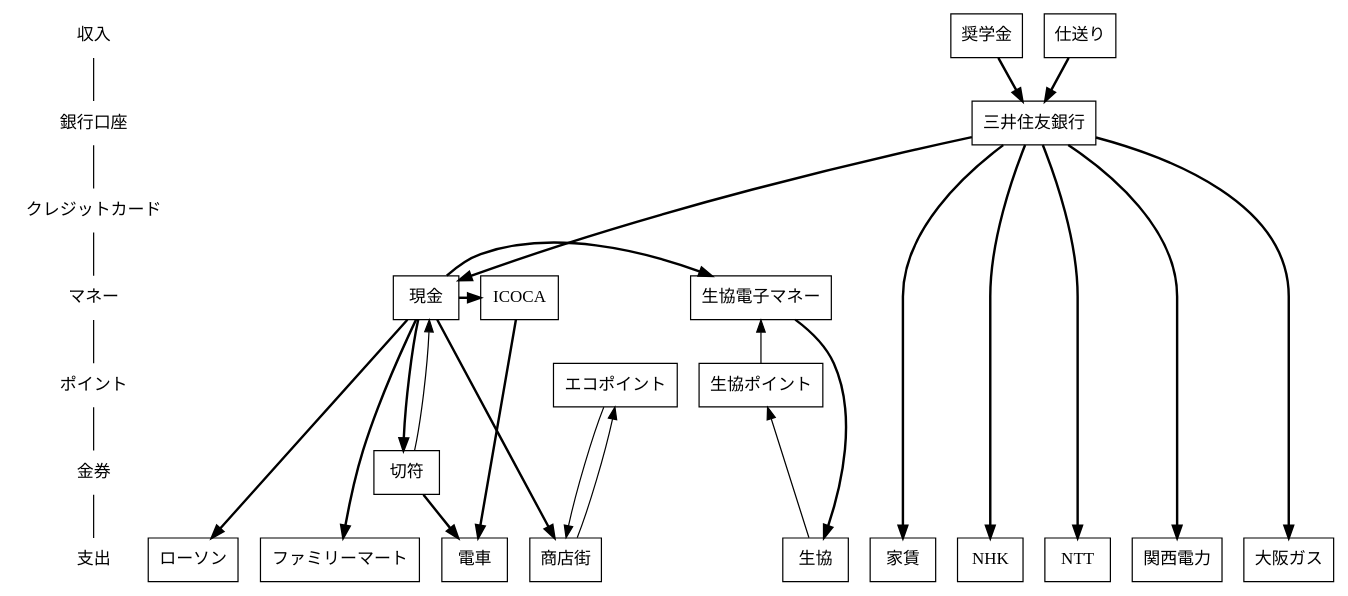
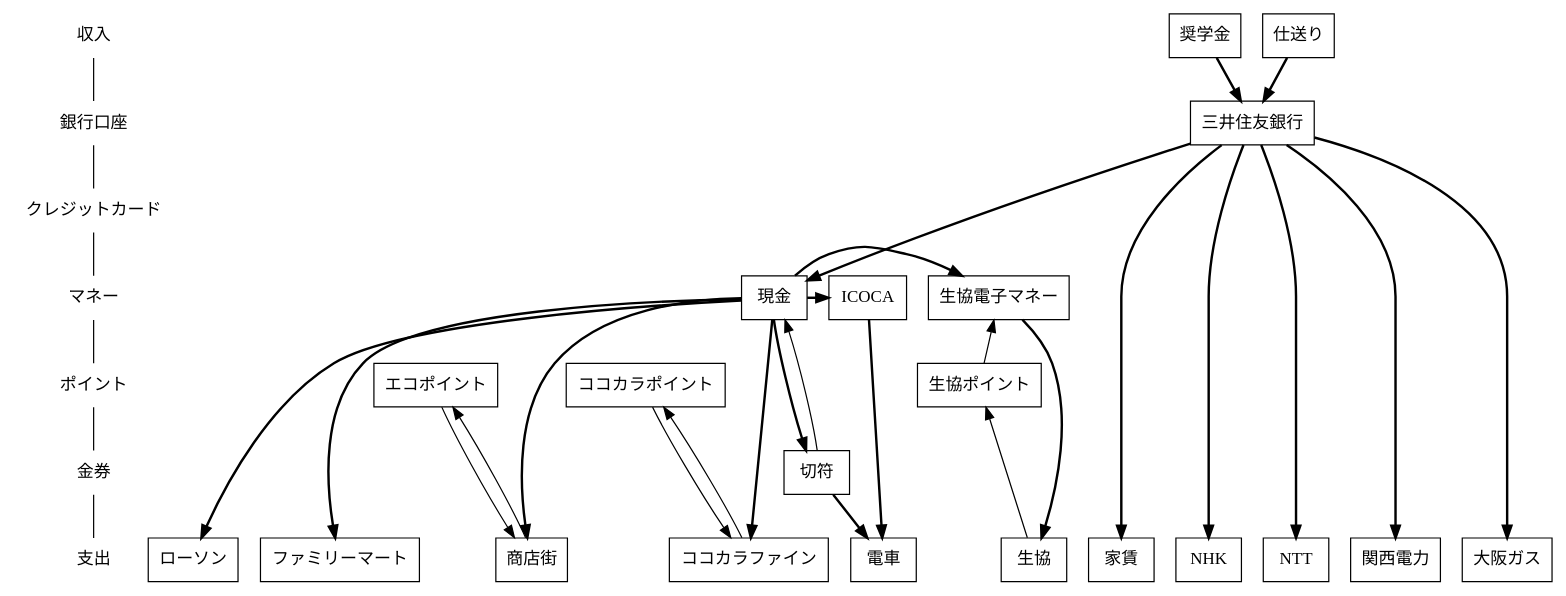
Before and after one commit to saireya/moneyflow: the diagram in flow.dot, drawn with Graphviz.

Commit message:
2009/12: Added Cocokara

```diff
--- a/flow.dot
+++ b/flow.dot
@@ -1,76 +1,80 @@
 // dot -Tsvg flow.dot -o flow.svg
 digraph "MoneyFlow"
 {
 	node [ shape = box ];
 
 	"収入", "銀行口座", "クレジットカード", "マネー", "ポイント", "金券", "支出" [shape = none];
 	"収入" -> "銀行口座" -> "クレジットカード" -> "マネー" -> "ポイント" -> "金券" -> "支出" [arrowhead = none];
 	{
 		rank = same; "収入";
 		奨学金;
 		仕送り;
 	}
 
 	{
 		rank = same; "銀行口座";
 		三井住友銀行;
 	}
 
 	{
 		rank = same; "クレジットカード";
 	}
 
 	{
 		rank = same; "マネー";
 		ICOCA;
 		生協電子マネー;
 		現金;
 	}
 
 	{
 		rank = same; "ポイント";
 		エコポイント;
 		生協ポイント;
+		ココカラポイント;
 	}
 
 	{
 		rank = same; "金券";
 		切符;
 	}
 
 	{
 		rank = same; "支出";
 		家賃;
 		// コンビニ
 		ローソン;
 		ファミリーマート;
 		// 交通
 		電車;
 		// インフラ
 		NHK;
 		NTT;
 		関西電力;
 		大阪ガス;
 		// 店舗
 		商店街;
 		生協;
+		ココカラファイン;
 	}
 
 	// SMBC
 	奨学金 -> 三井住友銀行 [style="bold", weight=100];
 	仕送り -> 三井住友銀行 [style="bold", weight=100];
 	三井住友銀行 -> 現金, 家賃, 関西電力, 大阪ガス, NHK, NTT [style="bold", weight=100];
 
 	// 現金
 	現金 -> 商店街 [style="bold", weight=100];
 	商店街 -> エコポイント -> 商店街;
 	現金 -> ローソン [style="bold", weight=100];
 	現金 -> ファミリーマート [style="bold", weight=100];
 	現金 -> 生協電子マネー [style="bold", weight=100];
 	生協電子マネー -> 生協 [style="bold", weight=100];
 	生協 -> 生協ポイント -> 生協電子マネー;
+	現金 -> ココカラファイン [style="bold", weight=100];
+	ココカラファイン -> ココカラポイント -> ココカラファイン;
 
 	現金 -> ICOCA -> 電車 [style="bold", weight=100];
 	現金 -> 切符 -> 電車 [style="bold", weight=100];
 	切符 -> 現金;
 } 
```
